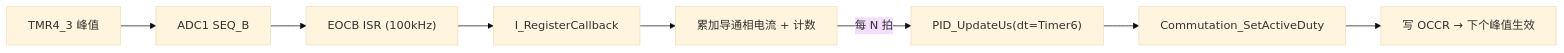
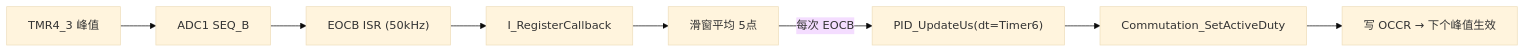
Before and after one commit to HCHCHC99/WS_L: the first of 2 diagrams in ws_L_v.1.0.2/PI电流环.md, drawn with Mermaid (base theme). The commit also changed other lines of this file and 3 other files, not shown here.

````diff
--- a/ws_L_v.1.0.2/PI电流环.md
+++ b/ws_L_v.1.0.2/PI电流环.md
@@ -91,10 +91,10 @@
 ```mermaid
 flowchart LR
     PWM["TMR4_3 峰值"] --> ADC["ADC1 SEQ_B"]
-    ADC --> ISR["EOCB ISR (100kHz)"]
+    ADC --> ISR["EOCB ISR (50kHz)"]
     ISR --> CB["I_RegisterCallback"]
-    CB --> ACC["累加导通相电流 + 计数"]
-    ACC -->|每 N 拍| CTL["PID_UpdateUs(dt=Timer6)"]
+    CB --> ACC["滑窗平均 5点"]
+    ACC -->|"每次 EOCB"| CTL["PID_UpdateUs(dt=Timer6)"]
     CTL --> DUTY["Commutation_SetActiveDuty"]
     DUTY --> OCCR["写 OCCR → 下个峰值生效"]
 ```
````
